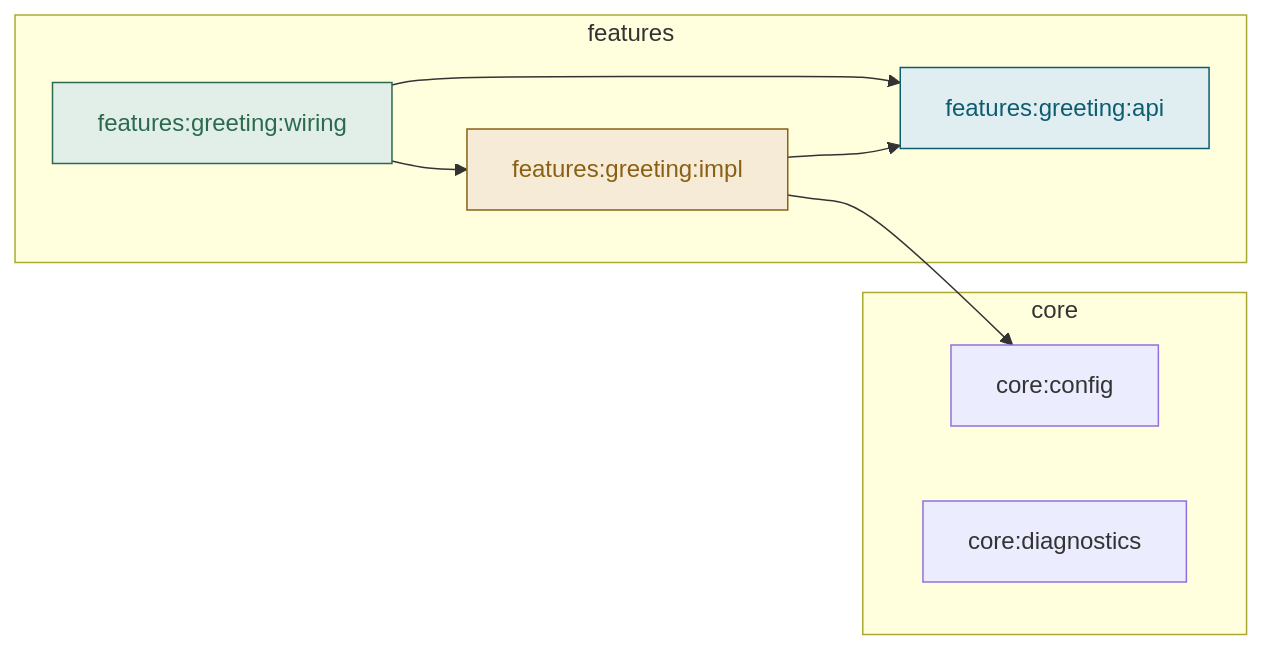
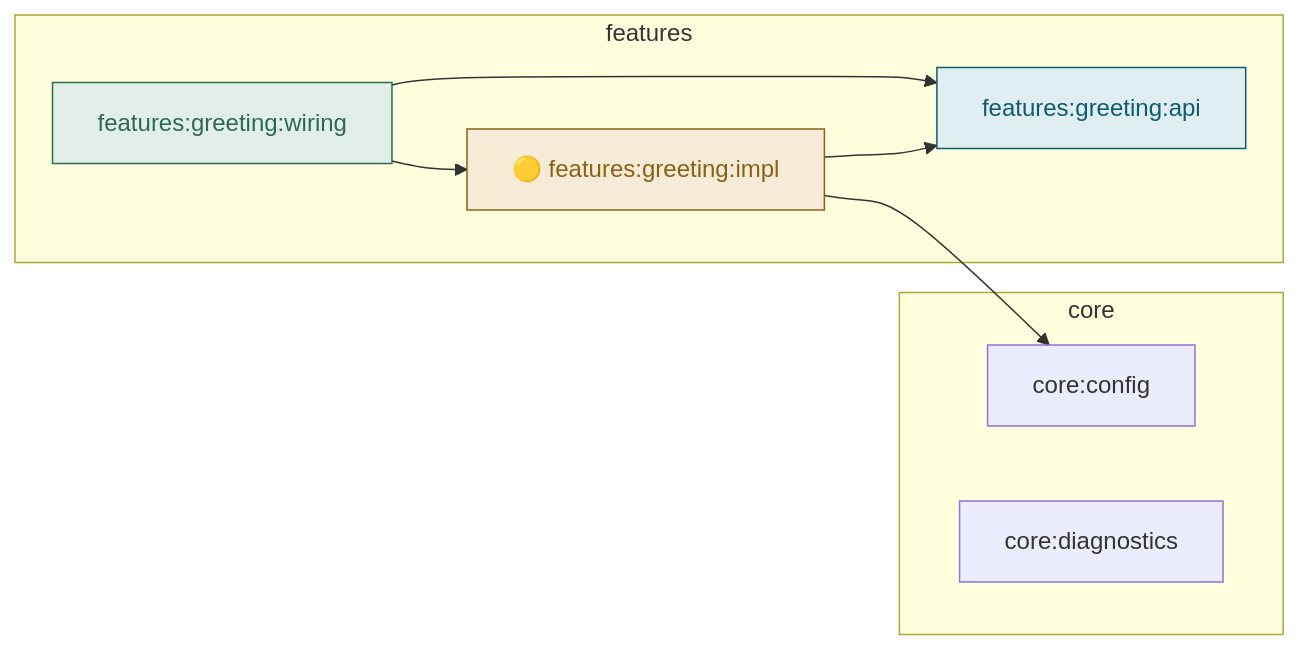
One commit to Thernal/build-kit changed the diagram in report/core-and-features.md. Above: the diagram before and after it, drawn with Mermaid. The commit also changed 57 other files, not shown here.

````diff
--- a/report/core-and-features.md
+++ b/report/core-and-features.md
@@ -10,23 +10,23 @@
 ```mermaid
 graph LR
   subgraph core["core"]
     fixture_core_config["core:config"]
     fixture_core_diagnostics["core:diagnostics"]
   end
   subgraph features["features"]
     fixture_features_greeting_api["features:greeting:api"]
-    fixture_features_greeting_impl["features:greeting:impl"]
+    fixture_features_greeting_impl["🟡 features:greeting:impl"]
     fixture_features_greeting_wiring["features:greeting:wiring"]
   end
   fixture_features_greeting_impl --> fixture_core_config
   fixture_features_greeting_impl --> fixture_features_greeting_api
   fixture_features_greeting_wiring --> fixture_features_greeting_api
   fixture_features_greeting_wiring --> fixture_features_greeting_impl
   classDef api fill:#e0eef2,stroke:#0d5c70,color:#0d5c70;
   classDef impl fill:#f6ebd6,stroke:#8a6014,color:#8a6014;
   classDef wiring fill:#e2efe8,stroke:#2c6a50,color:#2c6a50;
   classDef app fill:#eae8f0,stroke:#5a5570,color:#5a5570;
   class fixture_features_greeting_api api;
   class fixture_features_greeting_impl impl;
   class fixture_features_greeting_wiring wiring;
 ```
````
